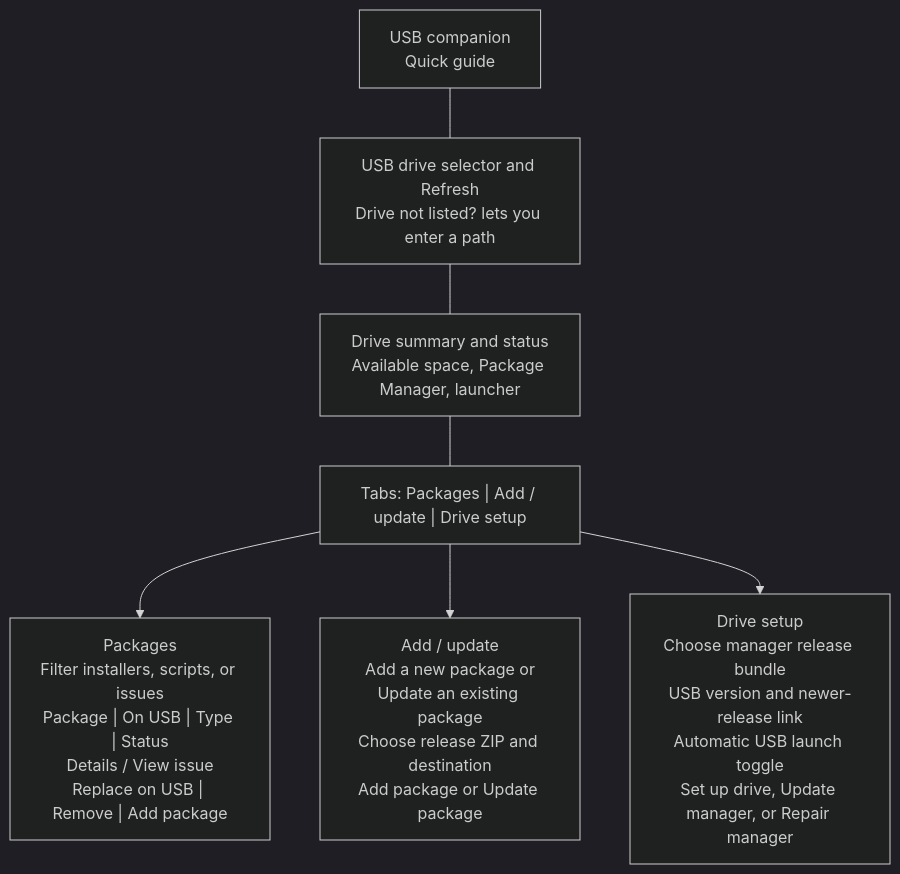
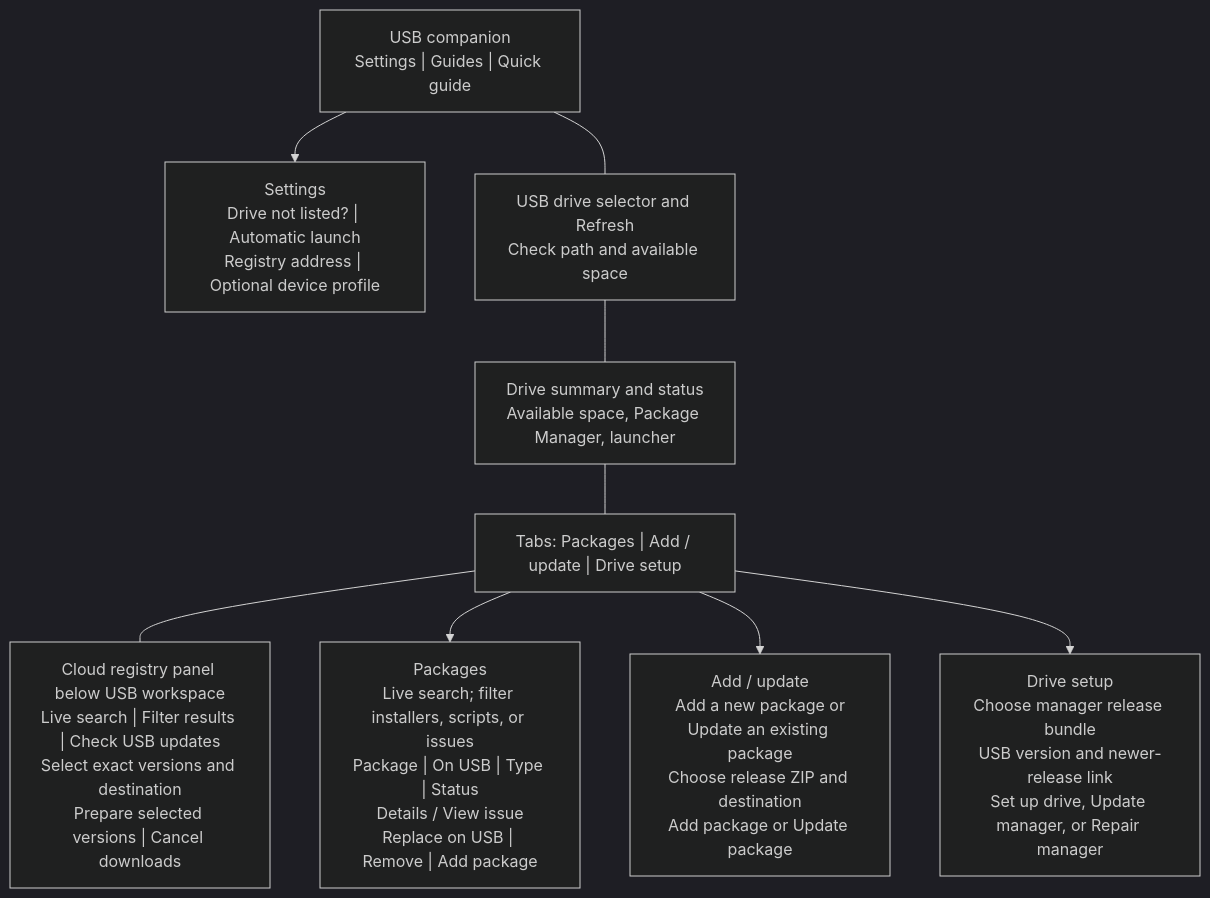
Before and after one commit to hmason55/nemesis-package-manager: the third of 10 diagrams in docs/WORKFLOW-REFERENCE.md, drawn with Mermaid (dark theme). The commit also changed other lines of this file and 47 other files, not shown here.

Commit message:
docs: refresh guides and illustrations for the 1.0 candidate

````diff
--- a/docs/WORKFLOW-REFERENCE.md
+++ b/docs/WORKFLOW-REFERENCE.md
@@ -31,11 +51,13 @@
 ```mermaid
 flowchart TB
-    header["USB companion<br/>Quick guide"]
-    drive["USB drive selector and Refresh<br/>Drive not listed? lets you enter a path"]
+    header["USB companion<br/>Settings | Guides | Quick guide"]
+    header --> settings["Settings<br/>Drive not listed? | Automatic launch<br/>Registry address | Optional device profile"]
+    drive["USB drive selector and Refresh<br/>Check path and available space"]
     summary["Drive summary and status<br/>Available space, Package Manager, launcher"]
     tabs["Tabs: Packages | Add / update | Drive setup"]
     header --- drive --- summary --- tabs
-    tabs --> packages["Packages<br/>Filter installers, scripts, or issues<br/>Package | On USB | Type | Status<br/>Details / View issue<br/>Replace on USB | Remove | Add package"]
+    tabs --- cloud["Cloud registry panel below USB workspace<br/>Live search | Filter results | Check USB updates<br/>Select exact versions and destination<br/>Prepare selected versions | Cancel downloads"]
+    tabs --> packages["Packages<br/>Live search; filter installers, scripts, or issues<br/>Package | On USB | Type | Status<br/>Details / View issue<br/>Replace on USB | Remove | Add package"]
     tabs --> edit["Add / update<br/>Add a new package or<br/>Update an existing package<br/>Choose release ZIP and destination<br/>Add package or Update package"]
-    tabs --> setup["Drive setup<br/>Choose manager release bundle<br/>USB version and newer-release link<br/>Automatic USB launch toggle<br/>Set up drive, Update manager, or Repair manager"]
+    tabs --> setup["Drive setup<br/>Choose manager release bundle<br/>USB version and newer-release link<br/>Set up drive, Update manager, or Repair manager"]
 ```
````
